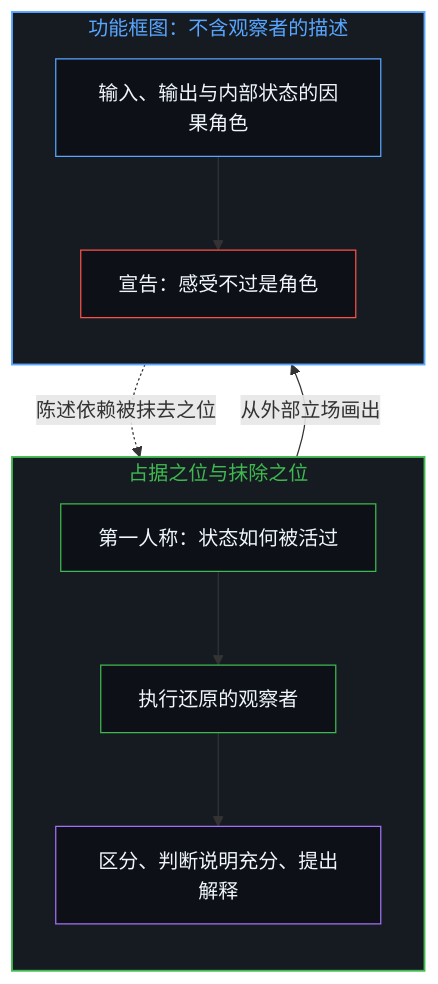
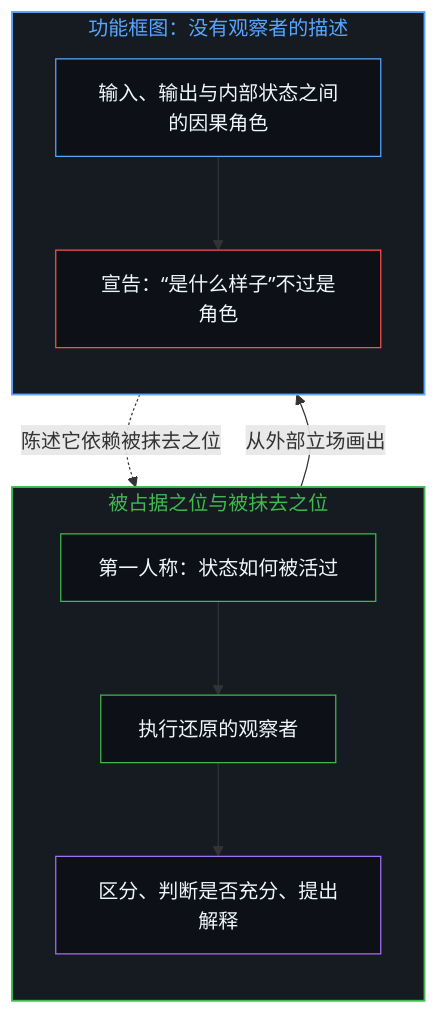
Before and after one commit to powerpig99/not-a-toe: the fifth of 6 diagrams in content/posts/the-functionalism-no-functionalist-can-hold.md, drawn with Mermaid. The commit also changed other lines of this file and 14 other files, not shown here.

````diff
--- a/content/posts/the-functionalism-no-functionalist-can-hold.md
+++ b/content/posts/the-functionalism-no-functionalist-can-hold.md
@@ -133,28 +135,28 @@
 ```mermaid
 flowchart TD
-    subgraph S_SEAT_ZH ["占据之位与抹除之位"]
+    subgraph S_SEAT_ZH ["被占据之位与被抹去之位"]
         direction TB
         style S_SEAT_ZH fill:#161b22,stroke:#3fb950,stroke-width:1.5px,color:#3fb950
         Lived["第一人称：状态如何被活过"]
         Observer["执行还原的观察者"]
-        Judge["区分、判断说明充分、提出解释"]
+        Judge["区分、判断是否充分、提出解释"]
         style Lived fill:#0d1117,stroke:#3fb950,stroke-width:1px,color:#f0f6fc
         style Observer fill:#0d1117,stroke:#3fb950,stroke-width:1px,color:#f0f6fc
         style Judge fill:#0d1117,stroke:#a371f7,stroke-width:1px,color:#f0f6fc
     end
 
-    subgraph S_DIAGRAM_ZH ["功能框图：不含观察者的描述"]
+    subgraph S_DIAGRAM_ZH ["功能框图：没有观察者的描述"]
         direction TB
         style S_DIAGRAM_ZH fill:#161b22,stroke:#58a6ff,stroke-width:1.5px,color:#58a6ff
-        Roles["输入、输出与内部状态的因果角色"]
-        Erased["宣告：感受不过是角色"]
+        Roles["输入、输出与内部状态之间的因果角色"]
+        Erased["宣告：“是什么样子”不过是角色"]
         style Roles fill:#0d1117,stroke:#58a6ff,stroke-width:1px,color:#f0f6fc
         style Erased fill:#0d1117,stroke:#f85149,stroke-width:1px,color:#f0f6fc
     end
 
     Lived --> Observer
     Observer --> Judge
     Judge -->|"从外部立场画出"| Roles
     Roles --> Erased
-    Erased -.->|"陈述依赖被抹去之位"| Observer
+    Erased -.->|"陈述它依赖被抹去之位"| Observer
 ```
````
